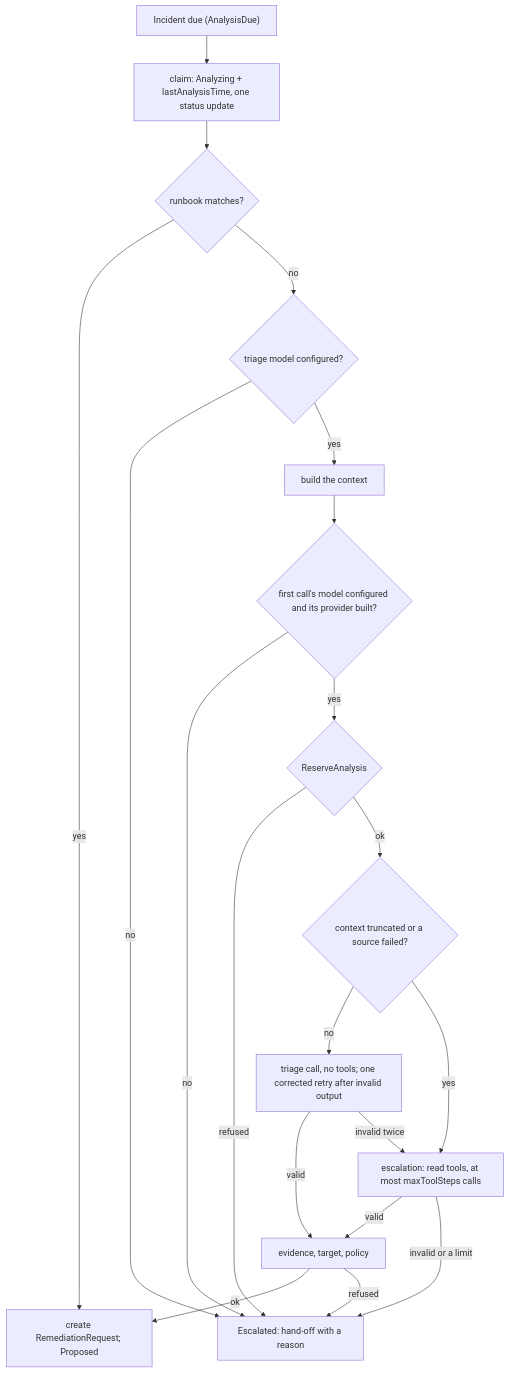
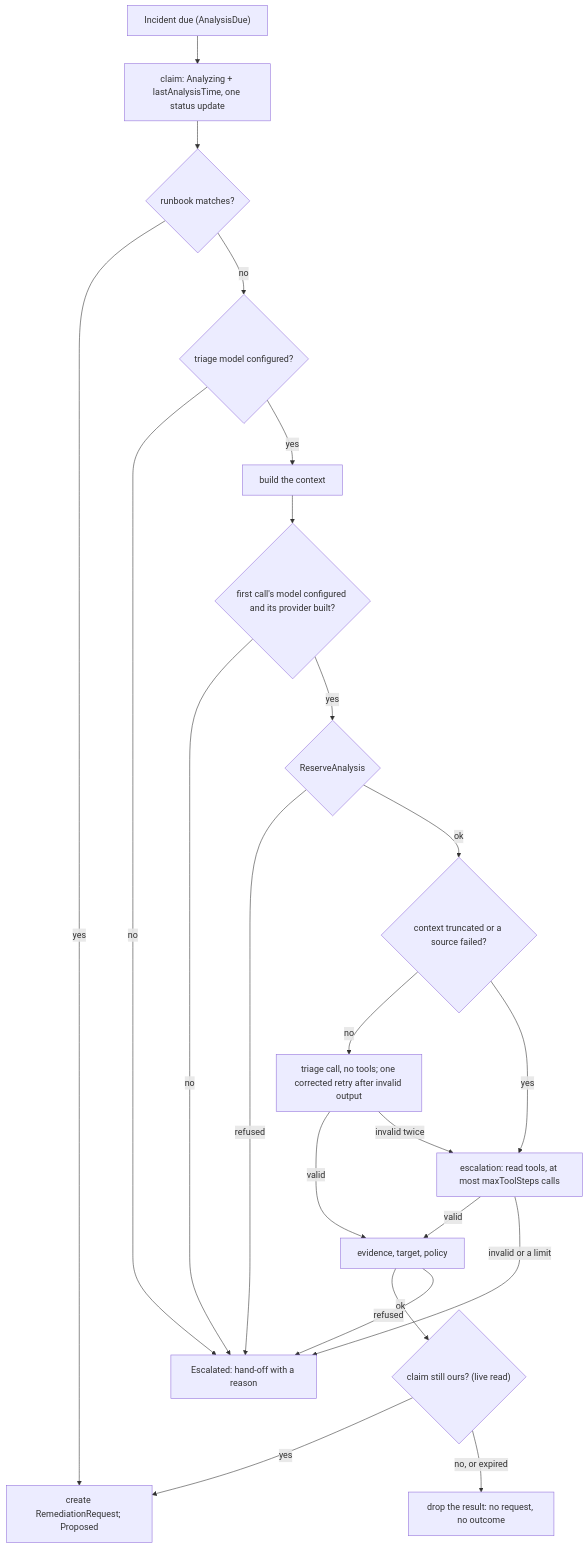
Before and after one commit to pkalin/shadewright: the second of 2 diagrams in docs/design/3-observation-and-deduplication.md, drawn with Mermaid. The commit also changed other lines of this file and 54 other files, not shown here.

````diff
--- a/docs/design/3-observation-and-deduplication.md
+++ b/docs/design/3-observation-and-deduplication.md
@@ -433,22 +433,24 @@
 ```mermaid
 flowchart TD
     due["Incident due (AnalysisDue)"] --> claim["claim: Analyzing + lastAnalysisTime, one status update"]
     claim --> rb{"runbook matches?"}
     rb -- yes --> plan
     rb -- no --> triage_cfg{"triage model configured?"}
     triage_cfg -- no --> handoff
     triage_cfg -- yes --> ctx["build the context"]
     ctx --> first{"first call's model configured and its provider built?"}
     first -- no --> handoff
     first -- yes --> budget{"ReserveAnalysis"}
     budget -- refused --> handoff
     budget -- ok --> signal{"context truncated or a source failed?"}
     signal -- no --> triage["triage call, no tools; one corrected retry after invalid output"]
     triage -- valid --> check
     triage -- invalid twice --> esc
     signal -- yes --> esc["escalation: read tools, at most maxToolSteps calls"]
     esc -- valid --> check["evidence, target, policy"]
     esc -- invalid or a limit --> handoff
-    check -- ok --> plan["create RemediationRequest; Proposed"]
+    check -- ok --> recheck{"claim still ours? (live read)"}
+    recheck -- yes --> plan["create RemediationRequest; Proposed"]
+    recheck -- "no, or expired" --> drop["drop the result: no request, no outcome"]
     check -- refused --> handoff["Escalated: hand-off with a reason"]
 ```
````
